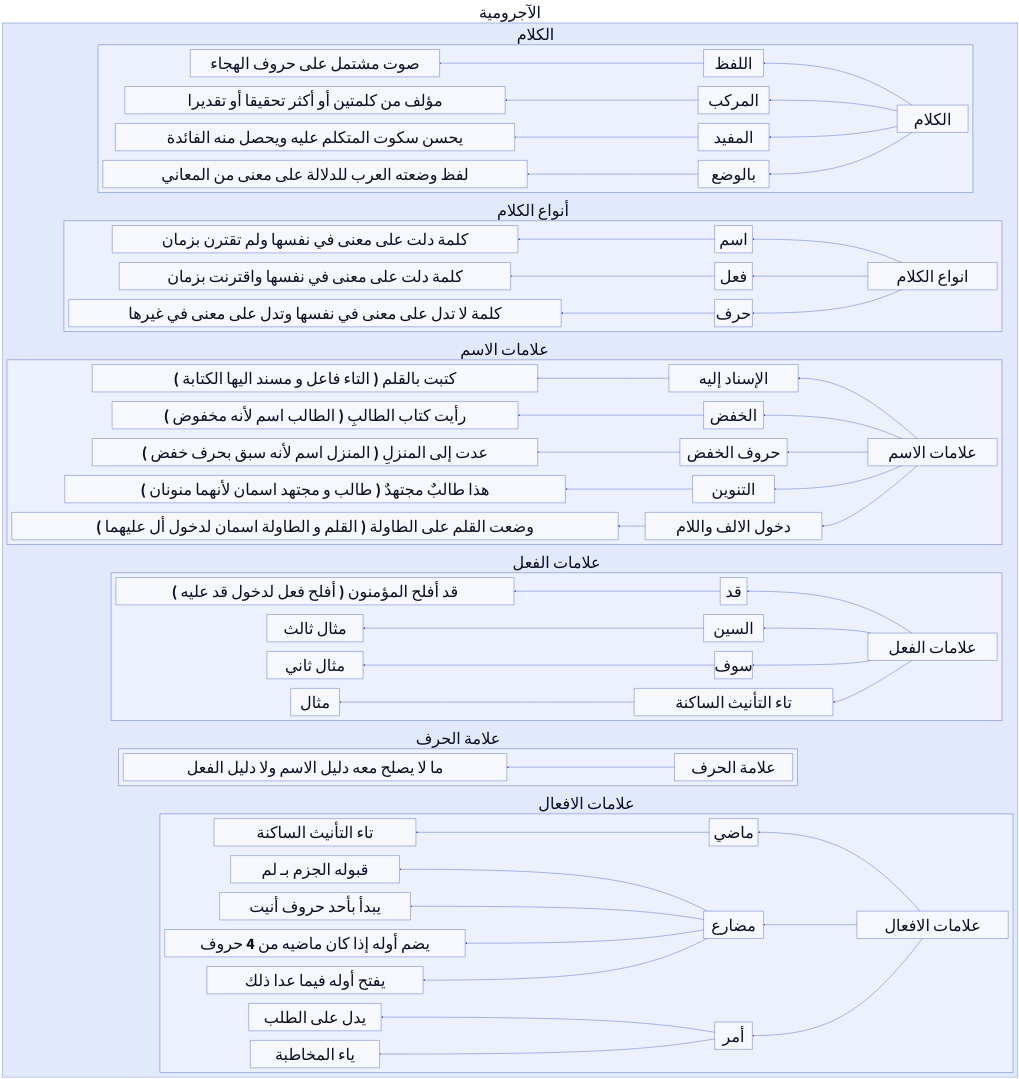
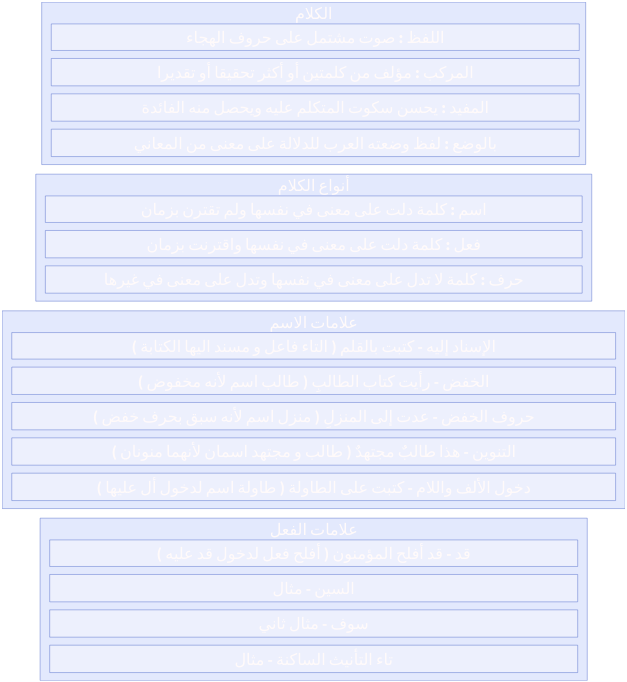
One commit to sanabel-al-firdaws/sanabel-al-firdaws.github.io changed the diagram in .diagrams/الآجرومية.d2. Above: the diagram before and after it, drawn with D2. The commit also changed 1 other file, not shown here.

```diff
--- a/.diagrams/الآجرومية.d2
+++ b/.diagrams/الآجرومية.d2
@@ -1,70 +1,48 @@
 
 direction: left
 
 **: {
     style.font-size: 100
+    vertical-gap: 50
+    style.font-color: "#fffafa"
 } 
 
 
-الآجرومية:{
-    الكلام: {
-الكلام -> اللفظ -> صوت مشتمل على حروف الهجاء
-الكلام -> المركب -> مؤلف من كلمتين أو أكثر تحقيقا أو تقديرا
-الكلام -> المفيد -> يحسن سكوت المتكلم عليه ويحصل منه الفائدة
-الكلام -> بالوضع ->  لفظ وضعته العرب للدلالة على معنى من المعاني
-    }
-    أنواع الكلام: {
-انواع الكلام -> اسم
-انواع الكلام -> فعل
-انواع الكلام -> حرف
+  
+الكلام  {
+    grid-columns: 1
+    width: 3400
+  اللفظ \: صوت مشتمل على حروف الهجاء :{width: 3300}
+  المركب \: مؤلف من كلمتين أو أكثر تحقيقا أو تقديرا
+  المفيد \: يحسن سكوت المتكلم عليه ويحصل منه الفائدة
+  بالوضع  \: لفظ وضعته العرب للدلالة على معنى من المعاني
+} 
+أنواع الكلام  {
+    grid-columns: 1 
+     
+   اسم \: كلمة دلت على معنى في نفسها ولم تقترن بزمان :{width: 3300} 
+ 
+   فعل \: كلمة دلت على معنى في نفسها واقترنت بزمان 
 
-اسم -> كلمة دلت على معنى في نفسها ولم تقترن بزمان
-فعل -> كلمة دلت على معنى في نفسها واقترنت بزمان  
-حرف -> كلمة لا تدل على معنى في نفسها وتدل على معنى في غيرها
+   حرف \: كلمة لا تدل على معنى في نفسها وتدل على معنى في غيرها
+
 }
-
-علامات الاسم : {
-
-علامات الاسم -> الإسناد إليه -> كتبت بالقلم  ( التاء فاعل و مسند اليها الكتابة ) 
-علامات الاسم -> الخفض -> رأيت كتاب الطالبِ ( الطالب اسم لأنه مخفوض ) 
-علامات الاسم -> حروف الخفض -> عدت إلى المنزلِ ( المنزل اسم لأنه سبق بحرف خفض ) 
-علامات الاسم -> التنوين-> هذا طالبٌ مجتهدٌ ( طالب و مجتهد اسمان لأنهما منونان ) 
-علامات الاسم -> دخول الالف واللام ->  وضعت القلم على الطاولة ( القلم و الطاولة اسمان لدخول أل عليهما ) 
-
+علامات الاسم: {
+    grid-columns: 1
+     
+ الإسناد إليه - كتبت بالقلم  ( التاء فاعل و مسند اليها الكتابة ) :{width: 3300}
+ الخفض - رأيت كتاب الطالبِ ( طالب اسم لأنه مخفوض ) 
+ حروف الخفض - عدت إلى المنزلِ ( منزل اسم لأنه سبق بحرف خفض ) 
+ التنوين - هذا طالبٌ مجتهدٌ ( طالب و مجتهد اسمان لأنهما منونان ) 
+ دخول الألف واللام - كتبت على الطاولة ( طاولة اسم لدخول أل عليها ) 
 }
 
 علامات الفعل : {
-علامات الفعل -> قد -> قد أفلح المؤمنون ( أفلح فعل لدخول قد عليه ) 
-علامات الفعل -> السين -> مثال ثالث
-علامات الفعل -> سوف -> مثال ثاني
-علامات الفعل -> تاء التأنيث الساكنة -> مثال
-}
-علامة الحرف : {
-
-علامة الحرف -> ما لا يصلح معه دليل الاسم ولا دليل الفعل 
-
-}
-
- 
-
-
-علامات الافعال :{
-علامات الافعال -> ماضي
-علامات الافعال -> مضارع
-علامات الافعال -> أمر
-
-ماضي -> تاء  التأنيث الساكنة 
-
-مضارع -> قبوله الجزم بـ لم
-مضارع -> يبدأ بأحد حروف أنيت
-مضارع -> يضم أوله إذا كان ماضيه من 4 حروف
-مضارع -> يفتح أوله فيما عدا ذلك
-
-
-أمر->  يدل على الطلب
-أمر->  ياء المخاطبة
-
-}
-# أمر -> ما دل على امر يطلب حصوله بعد زمان التكلم 
-
-}
+    grid-columns: 1
+    
+    
+     قد - قد أفلح المؤمنون  ( أفلح فعل لدخول قد عليه ) :{width: 3300}
+     السين - مثال 
+     سوف - مثال ثاني
+    تاء التأنيث الساكنة - مثال
+    }
```
